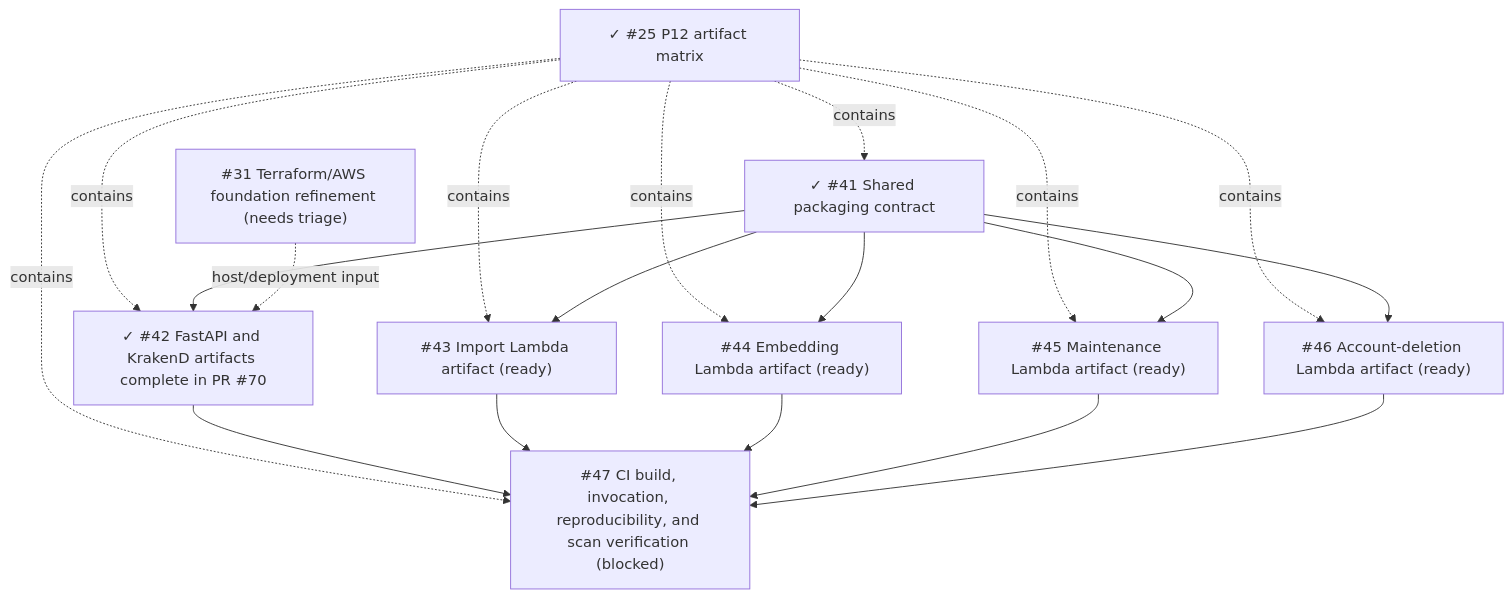
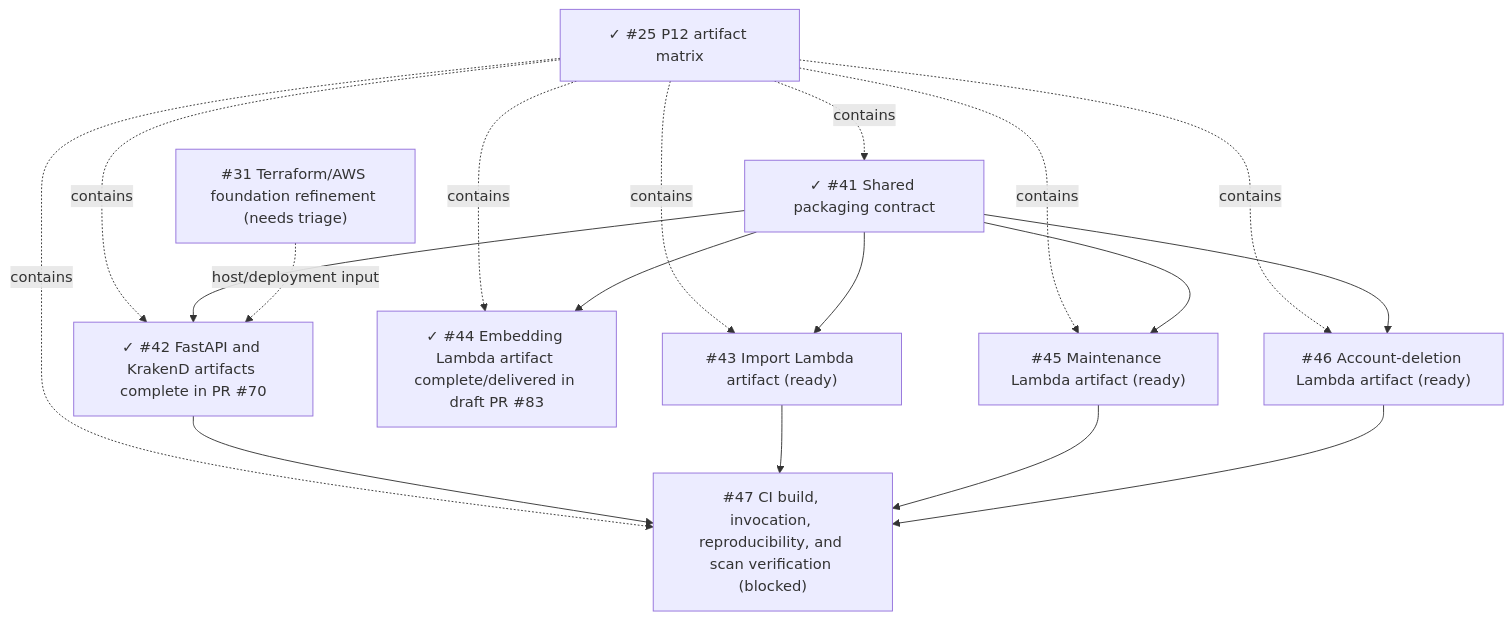
The diagram in docs/specs/2026-08-14-p12-production-artifact-matrix.md (starkovalera/recipe-manager), drawn with Mermaid before and after one commit. The commit also changed other lines of this file and 6 other files, not shown here.

First line of the commit message:
feat(infra): add embedding Lambda production artifact (#44) (#83)

````diff
--- a/docs/specs/2026-08-14-p12-production-artifact-matrix.md
+++ b/docs/specs/2026-08-14-p12-production-artifact-matrix.md
@@ -256,34 +256,33 @@
 ```mermaid
 flowchart TD
   p25["✓ #25 P12 artifact matrix"]
   shared["✓ #41 Shared packaging contract"]
   api["✓ #42 FastAPI and KrakenD artifacts complete in PR #70"]
   import["#43 Import Lambda artifact (ready)"]
-  embedding["#44 Embedding Lambda artifact (ready)"]
+  embedding["✓ #44 Embedding Lambda artifact complete/delivered in draft PR #83"]
   maintenance["#45 Maintenance Lambda artifact (ready)"]
   deletion["#46 Account-deletion Lambda artifact (ready)"]
   ci["#47 CI build, invocation, reproducibility, and scan verification (blocked)"]
   infra["#31 Terraform/AWS foundation refinement (needs triage)"]
 
   p25 -. contains .-> shared
   p25 -. contains .-> api
   p25 -. contains .-> import
   p25 -. contains .-> embedding
   p25 -. contains .-> maintenance
   p25 -. contains .-> deletion
   p25 -. contains .-> ci
 
   shared --> api
   shared --> import
   shared --> embedding
   shared --> maintenance
   shared --> deletion
 
   api --> ci
   import --> ci
-  embedding --> ci
   maintenance --> ci
   deletion --> ci
 
   infra -. host/deployment input .-> api
 ```
````
